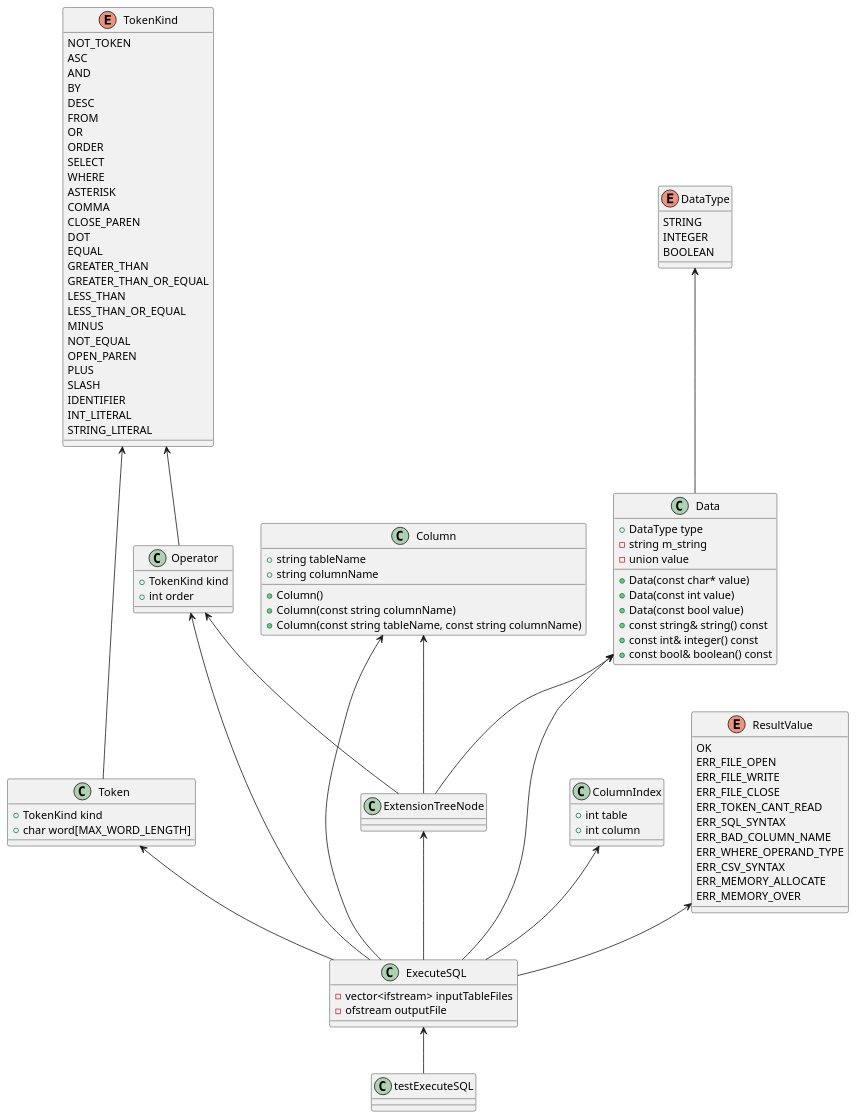
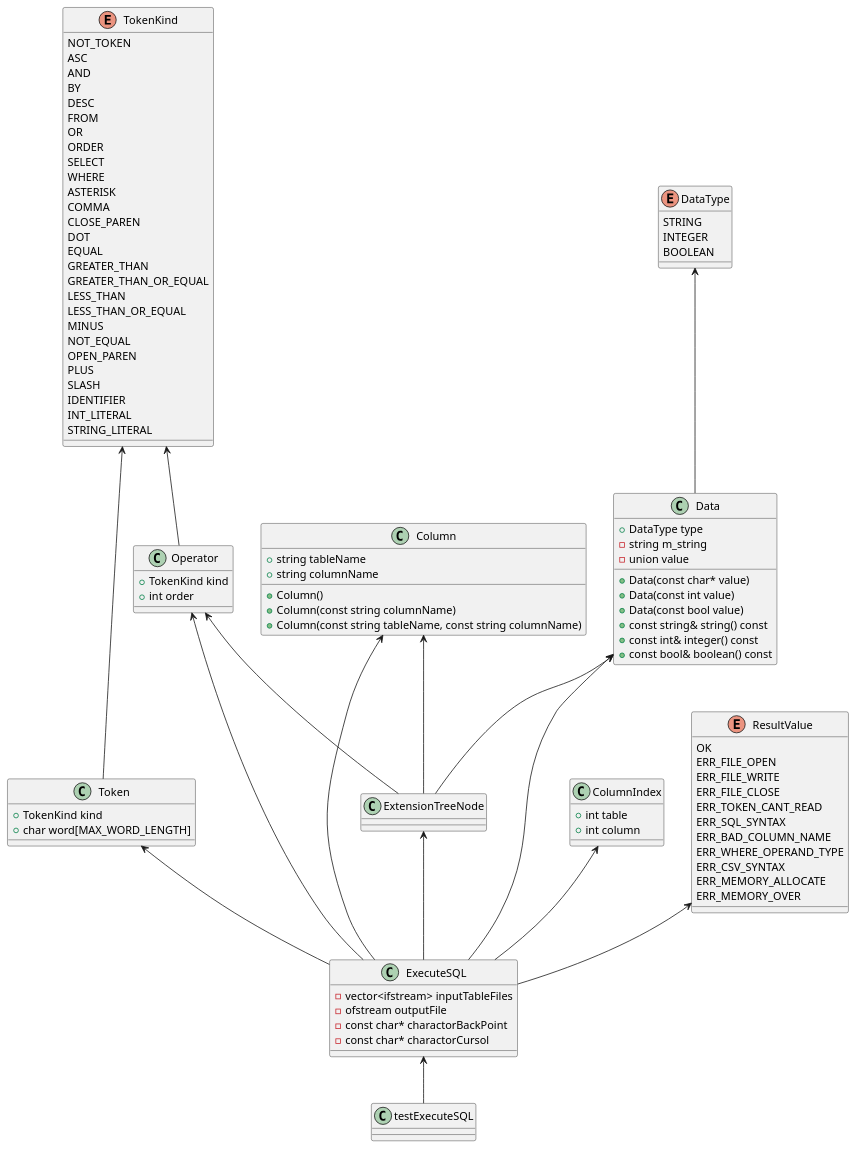
Before and after one commit to yotten/TinySQL: the diagram in ExecuteSQL.pu, drawn with PlantUML.

Commit message:
075.事前準備

```diff
--- a/ExecuteSQL.pu
+++ b/ExecuteSQL.pu
@@ -1,101 +1,103 @@
 @startuml
 
 class testExecuteSQL {}
 class ExecuteSQL {
 	-vector<ifstream> inputTableFiles
 	-ofstream outputFile
+	-const char* charactorBackPoint
+	-const char* charactorCursol
 }	
 class Data {
     +DataType type
 	-string m_string
 	-union value
 	+Data(const char* value)
 	+Data(const int value)
 	+Data(const bool value)
 	+const string& string() const
 	+const int& integer() const
 	+const bool& boolean() const
 }
 class Operator{
     +TokenKind kind
     +int order
 }
 class Token{
     +TokenKind kind
     +char word[MAX_WORD_LENGTH]
 }
 class ExtensionTreeNode{}
 class ColumnIndex{
     +int table
     +int column
 }
 class Column{
     +string tableName
     +string columnName
     +Column()
     +Column(const string columnName)
     +Column(const string tableName, const string columnName)
 }
 enum DataType{
    	STRING
 	INTEGER
 	BOOLEAN
 }
 enum TokenKind{
     NOT_TOKEN
 	ASC
 	AND
 	BY
 	DESC
 	FROM
 	OR
 	ORDER
 	SELECT
 	WHERE
 	ASTERISK
 	COMMA
 	CLOSE_PAREN
 	DOT
 	EQUAL
 	GREATER_THAN
 	GREATER_THAN_OR_EQUAL
 	LESS_THAN
 	LESS_THAN_OR_EQUAL
 	MINUS
 	NOT_EQUAL
 	OPEN_PAREN
 	PLUS
 	SLASH
 	IDENTIFIER
 	INT_LITERAL
 	STRING_LITERAL
 }
 enum ResultValue{
     OK
 	ERR_FILE_OPEN
 	ERR_FILE_WRITE
 	ERR_FILE_CLOSE
 	ERR_TOKEN_CANT_READ
 	ERR_SQL_SYNTAX
 	ERR_BAD_COLUMN_NAME
 	ERR_WHERE_OPERAND_TYPE
 	ERR_CSV_SYNTAX
 	ERR_MEMORY_ALLOCATE
 	ERR_MEMORY_OVER
 }
 
 ExecuteSQL <-- testExecuteSQL
 Data <-- ExecuteSQL
 Operator <-- ExecuteSQL
 Token <-- ExecuteSQL
 ExtensionTreeNode <-- ExecuteSQL
 ColumnIndex <-- ExecuteSQL
 Column <-- ExecuteSQL
 ResultValue <-- ExecuteSQL
 DataType <-- Data
 TokenKind <-- Token
 TokenKind <-- Operator
 Operator <-- ExtensionTreeNode
 Column <-- ExtensionTreeNode
 Data <-- ExtensionTreeNode
 @enduml
```
